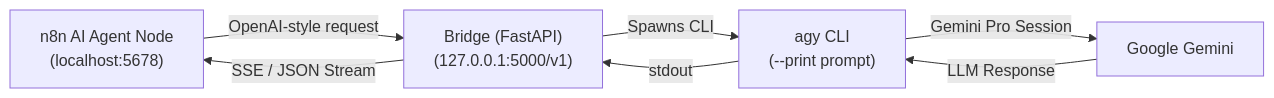
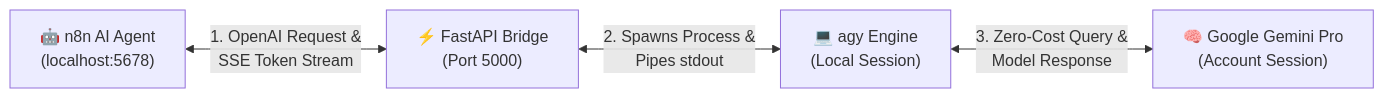
Before and after one commit to umairismail233/n8n-agy-zero-llm-api: the diagram in README.md, drawn with Mermaid.

Commit message:
docs: streamline mermaid diagram with clean non-overlapping bidirectional edges

````diff
--- a/README.md
+++ b/README.md
@@ -61,9 +61,6 @@
 ```mermaid
 flowchart LR
-    A["n8n AI Agent Node<br/>(localhost:5678)"] -->|"OpenAI-style request"| B["Bridge (FastAPI)<br/>(127.0.0.1:5000/v1)"]
-    B -->|"Spawns CLI"| C["agy CLI<br/>(--print prompt)"]
-    C -->|"Gemini Pro Session"| D["Google Gemini"]
-    D -->|"LLM Response"| C
-    C -->|"stdout"| B
-    B -->|"SSE / JSON Stream"| A
+    A["🤖 n8n AI Agent<br/>(localhost:5678)"] <-->|"1. OpenAI Request &<br/>SSE Token Stream"| B["⚡ FastAPI Bridge<br/>(Port 5000)"]
+    B <-->|"2. Spawns Process &<br/>Pipes stdout"| C["💻 agy Engine<br/>(Local Session)"]
+    C <-->|"3. Zero-Cost Query &<br/>Model Response"| D["🧠 Google Gemini Pro<br/>(Account Session)"]
 ```
````
